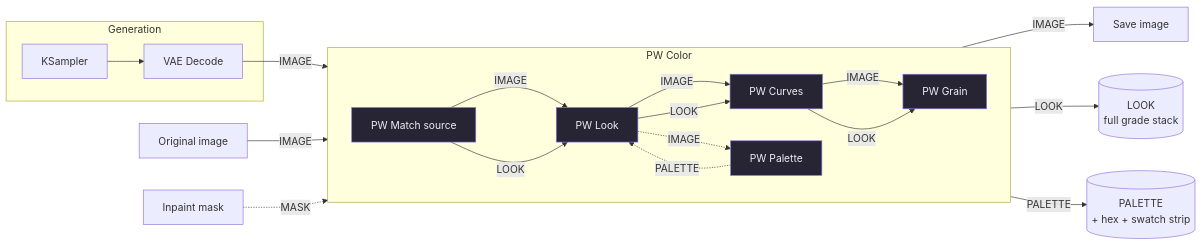
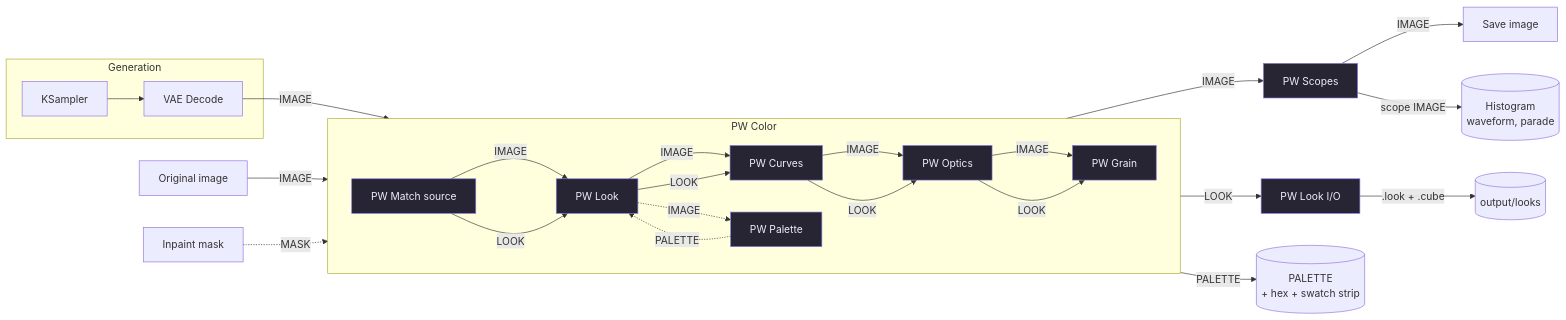
The diagram in README.md (Fablestarexpanse/PW_ColorTools), drawn with Mermaid before and after one commit. The commit also changed other lines of this file and 13 other files, not shown here.

First line of the commit message:
Add PW Optics, PW Scopes and PW Look I/O: v1 feature complete

````diff
--- a/README.md
+++ b/README.md
@@ -164,28 +241,33 @@
 ```mermaid
 flowchart LR
   subgraph gen [Generation]
     KS[KSampler] --> VD[VAE Decode]
   end
 
   VD -- IMAGE --> MS
   ORIG[Original image] -- IMAGE --> MS
   MASK[Inpaint mask] -. MASK .-> MS
 
   subgraph grade [PW Color]
     direction LR
     MS[PW Match source]:::pw -- IMAGE --> LK[PW Look]:::pw
     LK -- IMAGE --> CU[PW Curves]:::pw
-    CU -- IMAGE --> GR[PW Grain]:::pw
+    CU -- IMAGE --> OP[PW Optics]:::pw
+    OP -- IMAGE --> GR[PW Grain]:::pw
     MS -- LOOK --> LK
     LK -- LOOK --> CU
-    CU -- LOOK --> GR
+    CU -- LOOK --> OP
+    OP -- LOOK --> GR
     LK -. IMAGE .-> PA[PW Palette]:::pw
     PA -. PALETTE .-> LK
   end
 
-  GR -- IMAGE --> SAVE[Save image]
-  GR -- LOOK --> LOOKOUT[(LOOK<br/>full grade stack)]
+  GR -- IMAGE --> SC[PW Scopes]:::pw
+  SC -- IMAGE --> SAVE[Save image]
+  SC -- scope IMAGE --> SCOUT[(Histogram<br/>waveform, parade)]
+  GR -- LOOK --> LIO[PW Look I/O]:::pw
+  LIO -- .look + .cube --> DISK[(output/looks)]
   PA -- PALETTE --> PALOUT[(PALETTE<br/>+ hex + swatch strip)]
 
   classDef pw fill:#272433,stroke:#7F77DD,stroke-width:1px,color:#F0EEF8;
 ```
````
